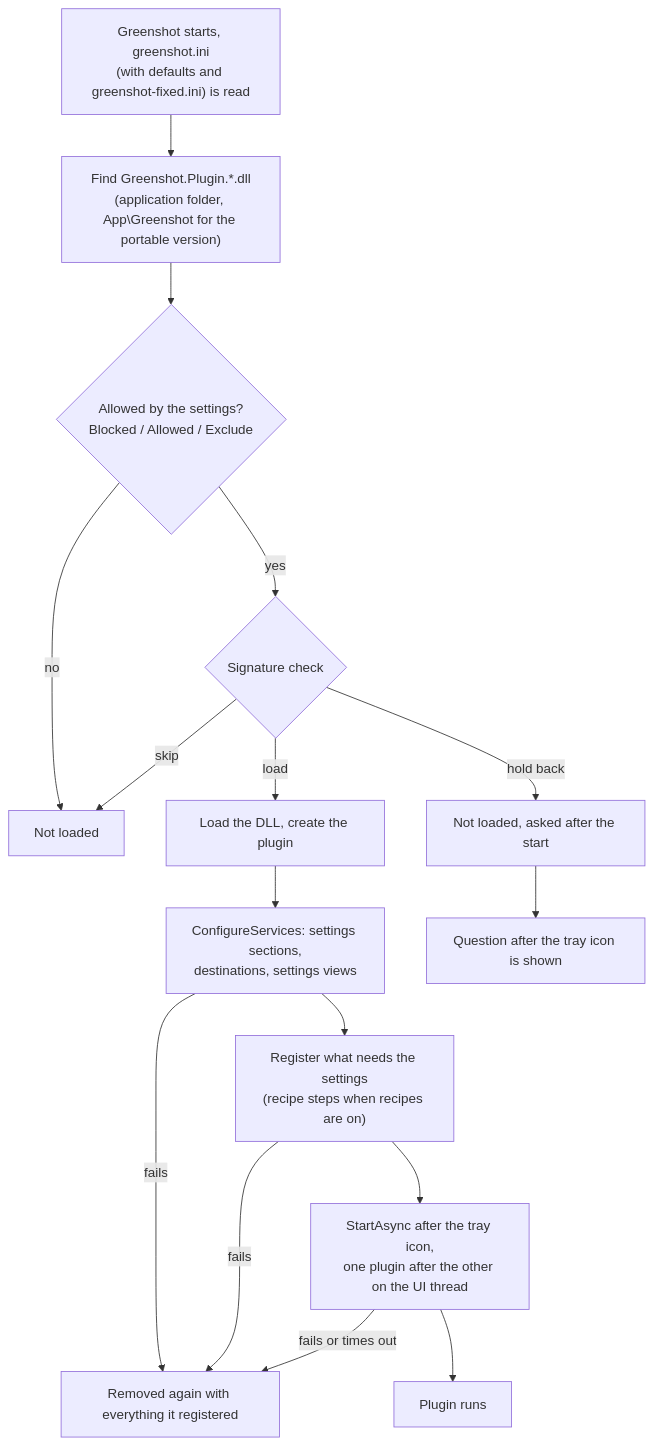
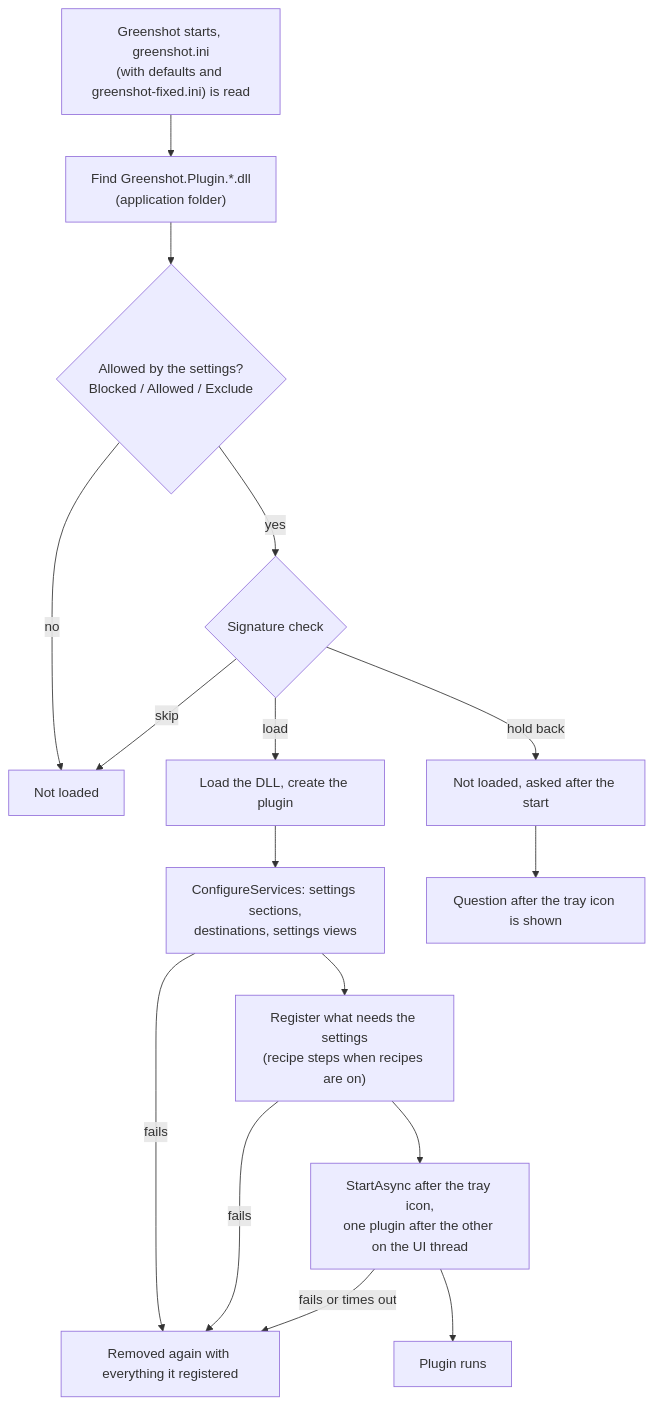
The first of 2 diagrams in docs/vNext/plugin-loading.md (greenshot/greenshot), drawn with Mermaid before and after one commit. The commit also changed 29 other files, not shown here.

First line of the commit message:
Portable: greenshot.ini next to Greenshot.exe first, Greenshot Light as PortableApps.com package (#1429)

````diff
--- a/docs/vNext/plugin-loading.md
+++ b/docs/vNext/plugin-loading.md
@@ -9,18 +9,18 @@
 ```mermaid
 flowchart TD
-    S["Greenshot starts, greenshot.ini<br/>(with defaults and greenshot-fixed.ini) is read"] --> F["Find Greenshot.Plugin.*.dll<br/>(application folder, App\Greenshot for the portable version)"]
+    S["Greenshot starts, greenshot.ini<br/>(with defaults and greenshot-fixed.ini) is read"] --> F["Find Greenshot.Plugin.*.dll<br/>(application folder)"]
     F --> R{"Allowed by the settings?<br/>Blocked / Allowed / Exclude"}
     R -- no --> X["Not loaded"]
     R -- yes --> G{"Signature check"}
     G -- load --> L["Load the DLL, create the plugin"]
     G -- skip --> X
     G -- hold back --> H["Not loaded, asked after the start"]
     L --> C["ConfigureServices: settings sections,<br/>destinations, settings views"]
     C --> D["Register what needs the settings<br/>(recipe steps when recipes are on)"]
     D --> T["StartAsync after the tray icon,<br/>one plugin after the other on the UI thread"]
     T --> RUN["Plugin runs"]
     C -- fails --> OFF["Removed again with everything it registered"]
     D -- fails --> OFF
     T -- "fails or times out" --> OFF
     H --> Q["Question after the tray icon is shown"]
 ```
````
